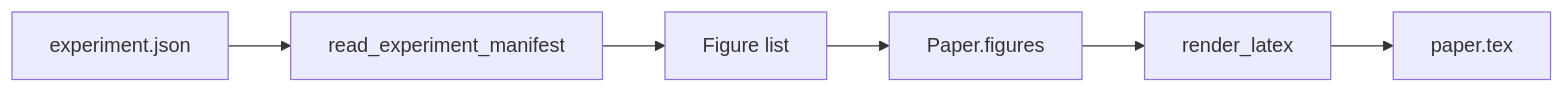
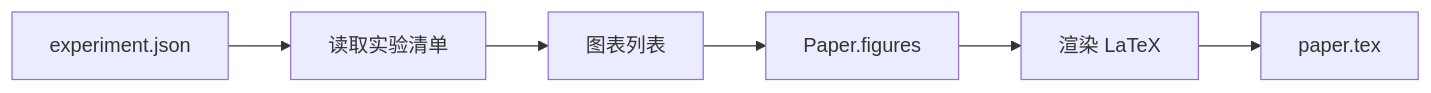
The second of 3 diagrams in lessons/19-capstone-projects/54-paper-writer/docs/zh.md (guangningsun/ailearning), drawn with Mermaid before and after one commit. The commit also changed other lines of this file and 85 other files, not shown here.

````diff
--- a/lessons/19-capstone-projects/54-paper-writer/docs/zh.md
+++ b/lessons/19-capstone-projects/54-paper-writer/docs/zh.md
@@ -54,8 +54,8 @@
 ```mermaid
 flowchart LR
-    Exp[experiment.json] --> Reader[read_experiment_manifest]
-    Reader --> Figs[Figure list]
+    Exp[experiment.json] --> Reader[读取实验清单]
+    Reader --> Figs[图表列表]
     Figs --> Paper[Paper.figures]
-    Paper --> Render[render_latex]
+    Paper --> Render[渲染 LaTeX]
     Render --> Out[paper.tex]
 ```
````
